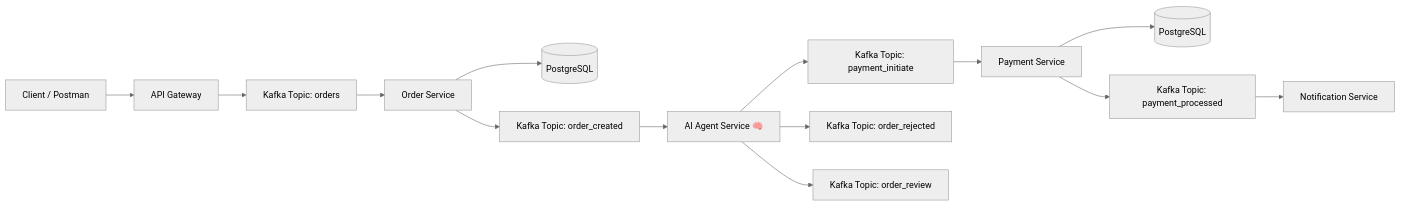
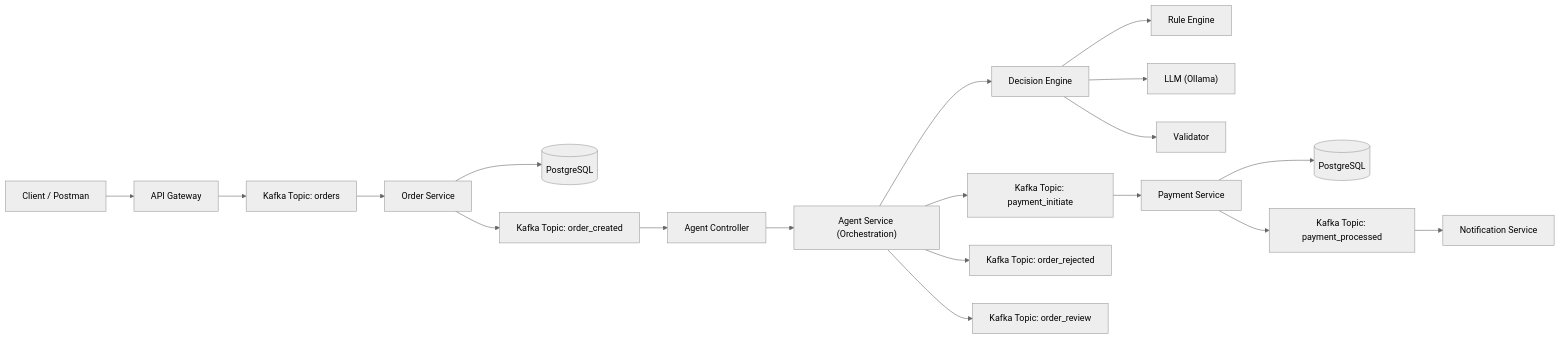
Before and after one commit to sk035018/e-commerce: the diagram in README.md, drawn with Mermaid (neutral theme). The commit also changed other lines of this file and 21 other files, not shown here.

````diff
--- a/README.md
+++ b/README.md
@@ -13,22 +13,28 @@
 ```mermaid
 flowchart LR
     Client[Client / Postman] --> API["API Gateway"]
 
     API --> OrdersTopic["Kafka Topic: orders"]
     OrdersTopic --> OrderService["Order Service"]
 
     OrderService --> DB1[(PostgreSQL)]
     OrderService --> OrderCreated["Kafka Topic: order_created"]
 
-    OrderCreated --> AgentService["AI Agent Service 🧠"]
+    OrderCreated --> AgentController["Agent Controller"]
+    AgentController --> AgentService["Agent Service (Orchestration)"]
+    AgentService --> DecisionEngine["Decision Engine"]
+
+    DecisionEngine --> RuleEngine["Rule Engine"]
+    DecisionEngine --> LLM["LLM (Ollama)"]
+    DecisionEngine --> Validator["Validator"]
 
     AgentService --> PaymentInit["Kafka Topic: payment_initiate"]
     AgentService --> OrderRejected["Kafka Topic: order_rejected"]
     AgentService --> OrderReview["Kafka Topic: order_review"]
 
     PaymentInit --> PaymentService["Payment Service"]
     PaymentService --> DB2[(PostgreSQL)]
     PaymentService --> PaymentProcessed["Kafka Topic: payment_processed"]
 
     PaymentProcessed --> NotificationService["Notification Service"]
 ```
````
